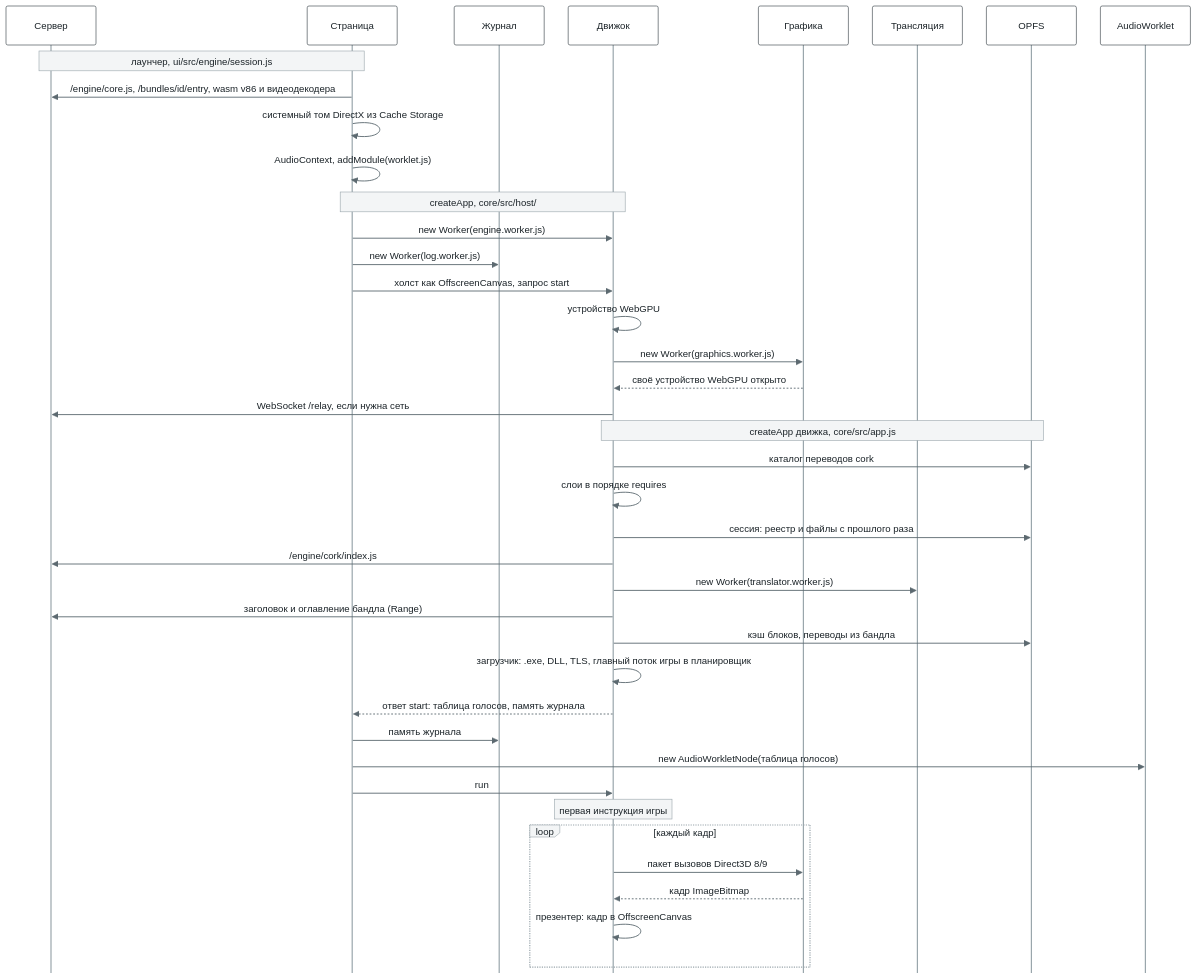
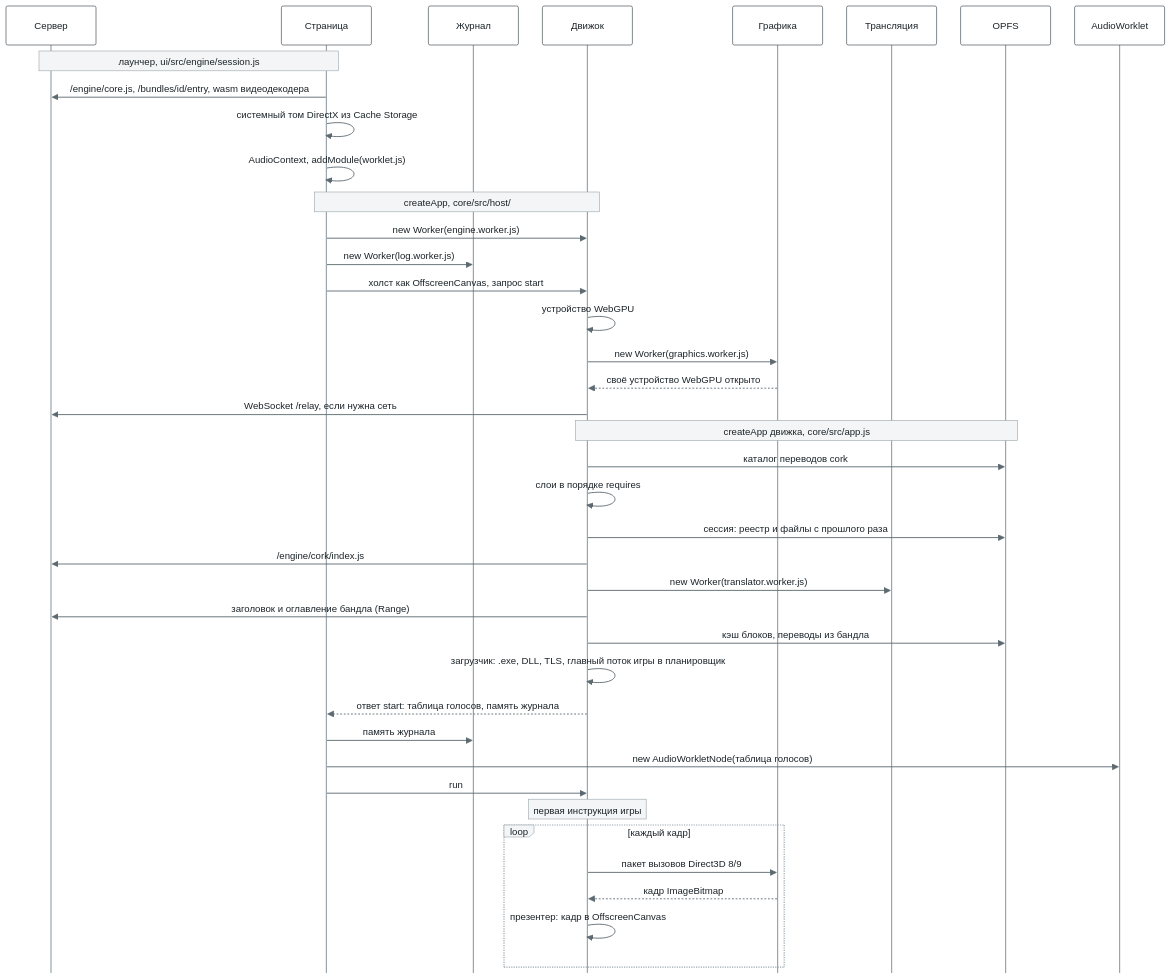
The third of 12 diagrams in docs/architecture.ru.md (bottlify/bottlify), drawn with Mermaid before and after one commit. The commit also changed other lines of this file, not shown here.

````diff
--- a/docs/architecture.ru.md
+++ b/docs/architecture.ru.md
@@ -136,43 +141,43 @@
 ```mermaid
 %%{init: {"theme": "base", "sequence": {"mirrorActors": false, "messageMargin": 24, "noteMargin": 8, "actorMargin": 40}, "themeVariables": {"fontFamily": "Inter, Segoe UI, Helvetica, Arial, sans-serif", "fontSize": "13px", "actorBkg": "#FFFFFF", "actorBorder": "#2F3A40", "actorTextColor": "#1B2328", "actorLineColor": "#9AA6AC", "signalColor": "#5C6970", "signalTextColor": "#1B2328", "noteBkgColor": "#F3F5F6", "noteBorderColor": "#9AA6AC", "noteTextColor": "#1B2328", "labelBoxBkgColor": "#F3F5F6", "labelBoxBorderColor": "#9AA6AC", "labelTextColor": "#1B2328", "loopTextColor": "#1B2328"}}}%%
 sequenceDiagram
   participant S as Сервер
   participant P as Страница
   participant K as Журнал
   participant E as Движок
   participant G as Графика
   participant T as Трансляция
   participant O as OPFS
   participant A as AudioWorklet
   Note over S,P: лаунчер, ui/src/engine/session.js
-  P->>S: /engine/core.js, /bundles/id/entry, wasm v86 и видеодекодера
+  P->>S: /engine/core.js, /bundles/id/entry, wasm видеодекодера
   P->>P: системный том DirectX из Cache Storage
   P->>P: AudioContext, addModule(worklet.js)
   Note over P,E: createApp, core/src/host/
   P->>E: new Worker(engine.worker.js)
   P->>K: new Worker(log.worker.js)
   P->>E: холст как OffscreenCanvas, запрос start
   E->>E: устройство WebGPU
   E->>G: new Worker(graphics.worker.js)
   G-->>E: своё устройство WebGPU открыто
   E->>S: WebSocket /relay, если нужна сеть
   Note over E,O: createApp движка, core/src/app.js
   E->>O: каталог переводов cork
   E->>E: слои в порядке requires
   E->>O: сессия: реестр и файлы с прошлого раза
   E->>S: /engine/cork/index.js
   E->>T: new Worker(translator.worker.js)
   E->>S: заголовок и оглавление бандла (Range)
   E->>O: кэш блоков, переводы из бандла
   E->>E: загрузчик: .exe, DLL, TLS, главный поток игры в планировщик
   E-->>P: ответ start: таблица голосов, память журнала
   P->>K: память журнала
   P->>A: new AudioWorkletNode(таблица голосов)
   P->>E: run
   Note over E: первая инструкция игры
   loop каждый кадр
     E->>G: пакет вызовов Direct3D 8/9
     G-->>E: кадр ImageBitmap
     E->>E: презентер: кадр в OffscreenCanvas
   end
 ```
````
